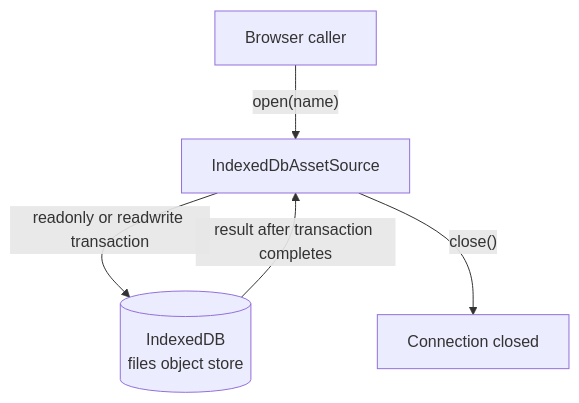
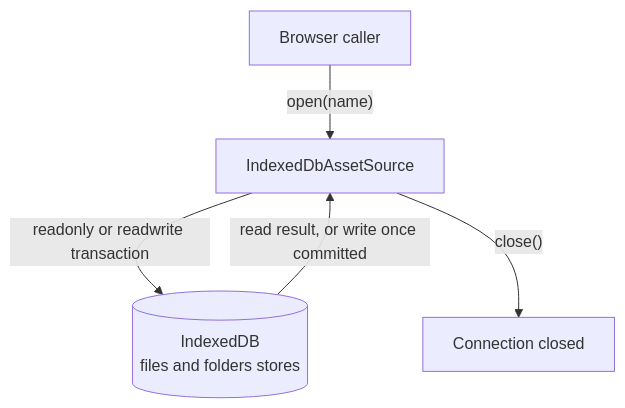
The sixth of 7 diagrams in packages/asset-source/ARCHITECTURE.md (JollyPixel/editor), drawn with Mermaid before and after one commit. The commit also changed other lines of this file and 23 other files, not shown here.

Commit message:
refactor: use idb for IndexedDB and remove schemas versioning (#1080)

````diff
--- a/packages/asset-source/ARCHITECTURE.md
+++ b/packages/asset-source/ARCHITECTURE.md
@@ -132,7 +132,7 @@
 ```mermaid
 flowchart TB
     Caller["Browser caller"] -->|"open(name)"| Source["IndexedDbAssetSource"]
-    Source -->|"readonly or readwrite transaction"| Files[("IndexedDB<br/>files object store")]
-    Files -->|"result after transaction completes"| Source
+    Source -->|"readonly or readwrite transaction"| Stores[("IndexedDB<br/>files and folders stores")]
+    Stores -->|"read result, or write once committed"| Source
     Source -->|"close()"| Closed["Connection closed"]
 ```
````
